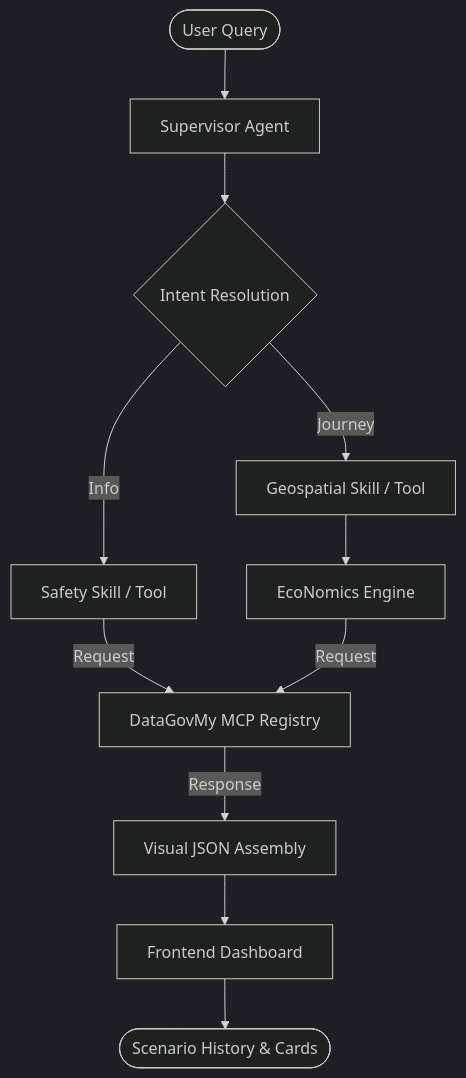
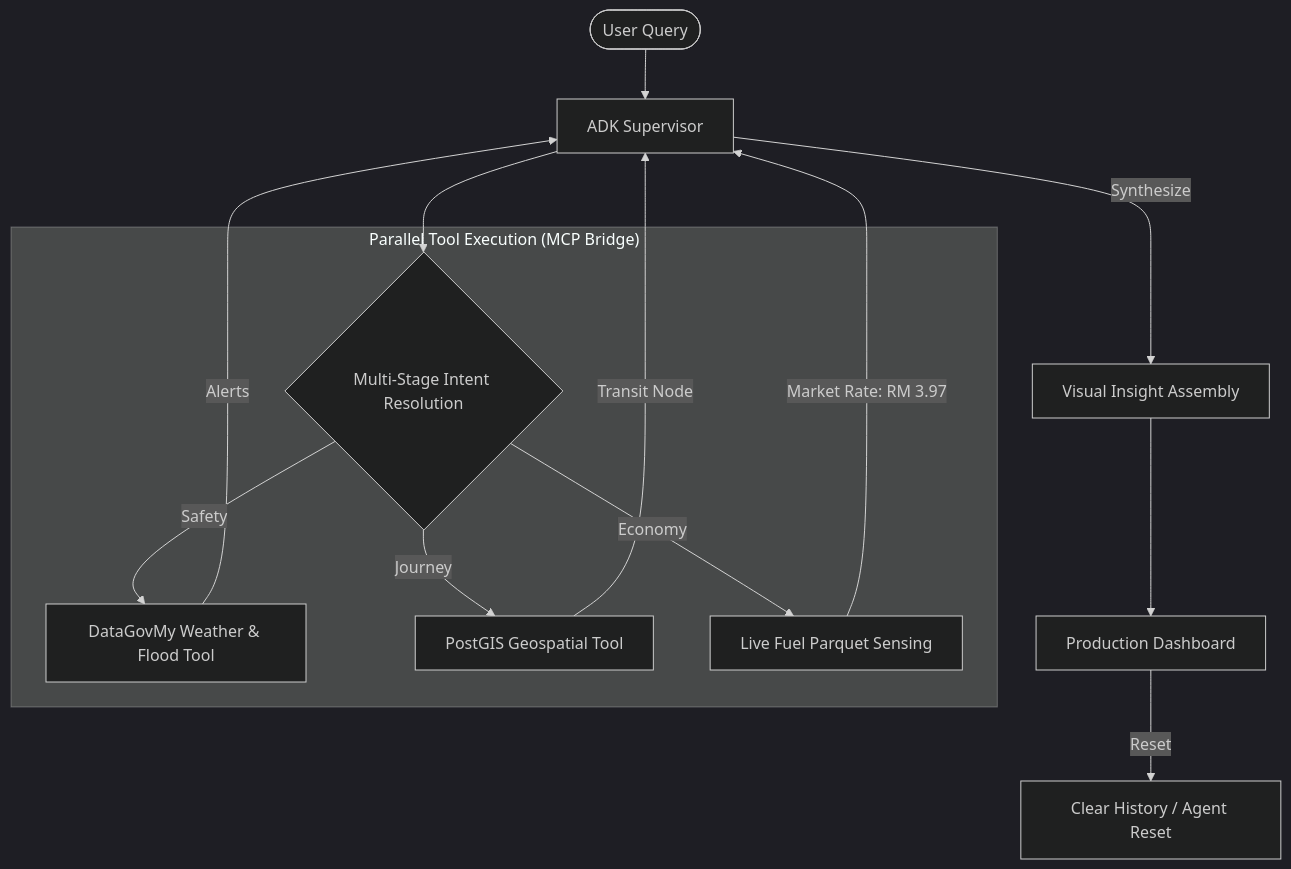
The diagram in README.md (nashy3k/transit-flow-my), drawn with Mermaid (dark theme) before and after one commit. The commit also changed other lines of this file and 5 other files, not shown here.

Commit message:
feat: Phase 2 Kinetic Release - Live Economics, Gemini 3.1 & Production Hardening

````diff
--- a/README.md
+++ b/README.md
@@ -24,13 +31,19 @@
 ```mermaid
 graph TD
-    User([User Query]) --> Supervisor[Supervisor Agent]
-    Supervisor --> Intent{Intent Resolution}
-    Intent -- Journey --> Geo[Geospatial Skill / Tool]
-    Intent -- Info --> Safety[Safety Skill / Tool]
-    Geo --> Eco[EcoNomics Engine]
-    Safety -- Request --> DGM[DataGovMy MCP Registry]
-    Eco -- Request --> DGM
-    DGM -- Response --> Visual[Visual JSON Assembly]
-    Visual --> Frontend[Frontend Dashboard]
-    Frontend --> Render([Scenario History & Cards])
+    User([User Query]) --> Supervisor[ADK Supervisor]
+    Supervisor --> Intent{Multi-Stage Intent Resolution}
+    
+    subgraph "Parallel Tool Execution (MCP Bridge)"
+        Intent -- Safety --> Safety[DataGovMy Weather & Flood Tool]
+        Intent -- Journey --> Geo[PostGIS Geospatial Tool]
+        Intent -- Economy --> Eco[Live Fuel Parquet Sensing]
+    end
+    
+    Safety -- Alerts --> Supervisor
+    Geo -- Transit Node --> Supervisor
+    Eco -- Market Rate: RM 3.97 --> Supervisor
+    
+    Supervisor -- Synthesize --> JSON[Visual Insight Assembly]
+    JSON --> UI[Production Dashboard]
+    UI -- Reset --> Clear[Clear History / Agent Reset]
 ```
````
